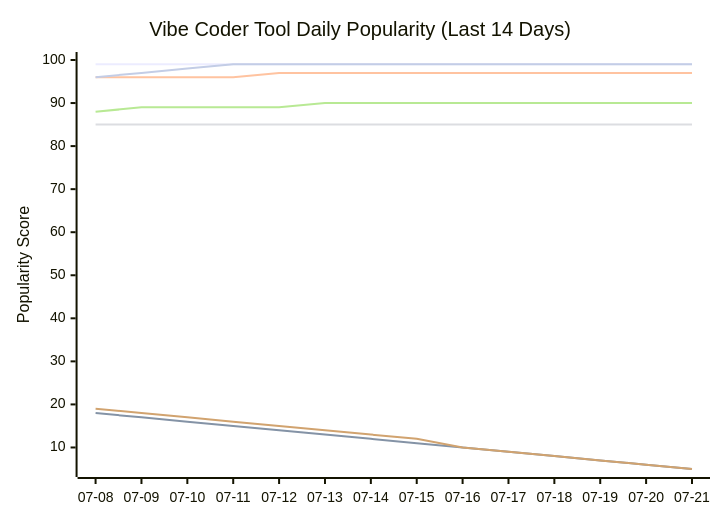
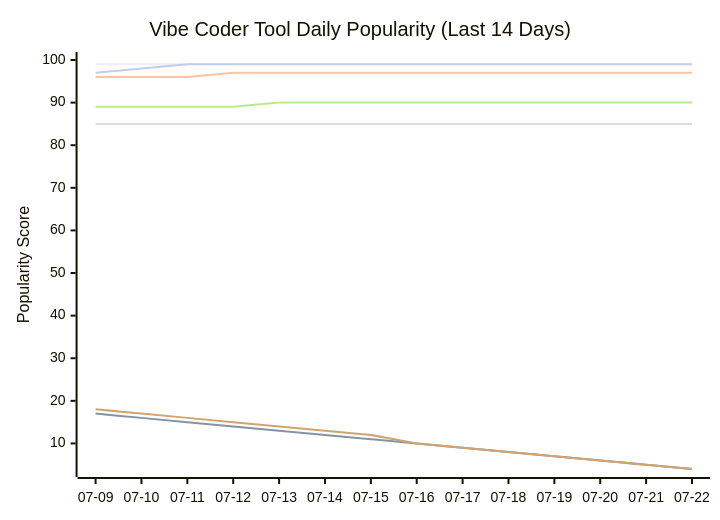
The seventh of 11 diagrams in README.md (tykimos/ai-whatchelin), drawn with Mermaid before and after one commit. The commit also changed other lines of this file and 4 other files, not shown here.

````diff
--- a/README.md
+++ b/README.md
@@ -2036,13 +2042,13 @@
 ```mermaid
 xychart-beta
     title "Vibe Coder Tool Daily Popularity (Last 14 Days)"
-    x-axis ["07-08", "07-09", "07-10", "07-11", "07-12", "07-13", "07-14", "07-15", "07-16", "07-17", "07-18", "07-19", "07-20", "07-21"]
-    y-axis "Popularity Score" 5 --> 100
+    x-axis ["07-09", "07-10", "07-11", "07-12", "07-13", "07-14", "07-15", "07-16", "07-17", "07-18", "07-19", "07-20", "07-21", "07-22"]
+    y-axis "Popularity Score" 4 --> 100
     line "Claude Code" [99, 99, 99, 99, 99, 99, 99, 99, 99, 99, 99, 99, 99, 99]
-    line "GH Copilot" [18, 17, 16, 15, 14, 13, 12, 11, 10, 9, 8, 7, 6, 5]
-    line "Cursor" [96, 96, 96, 96, 97, 97, 97, 97, 97, 97, 97, 97, 97, 97]
+    line "GH Copilot" [17, 16, 15, 14, 13, 12, 11, 10, 9, 8, 7, 6, 5, 4]
+    line "Cursor" [96, 96, 96, 97, 97, 97, 97, 97, 97, 97, 97, 97, 97, 97]
     line "Windsurf" [85, 85, 85, 85, 85, 85, 85, 85, 85, 85, 85, 85, 85, 85]
-    line "Codex CLI" [88, 89, 89, 89, 89, 90, 90, 90, 90, 90, 90, 90, 90, 90]
-    line "Gemini CLI" [19, 18, 17, 16, 15, 14, 13, 12, 10, 9, 8, 7, 6, 5]
-    line "Antigravity" [96, 97, 98, 99, 99, 99, 99, 99, 99, 99, 99, 99, 99, 99]
+    line "Codex CLI" [89, 89, 89, 89, 90, 90, 90, 90, 90, 90, 90, 90, 90, 90]
+    line "Gemini CLI" [18, 17, 16, 15, 14, 13, 12, 10, 9, 8, 7, 6, 5, 4]
+    line "Antigravity" [97, 98, 99, 99, 99, 99, 99, 99, 99, 99, 99, 99, 99, 99]
 ```
````
